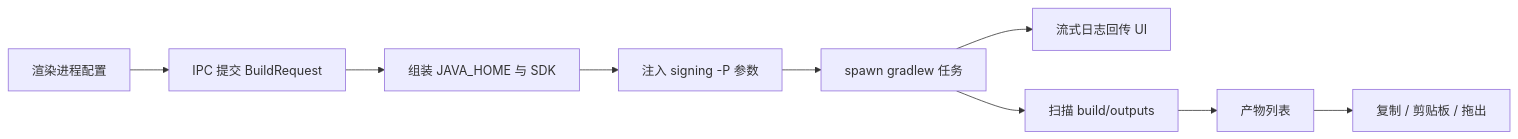
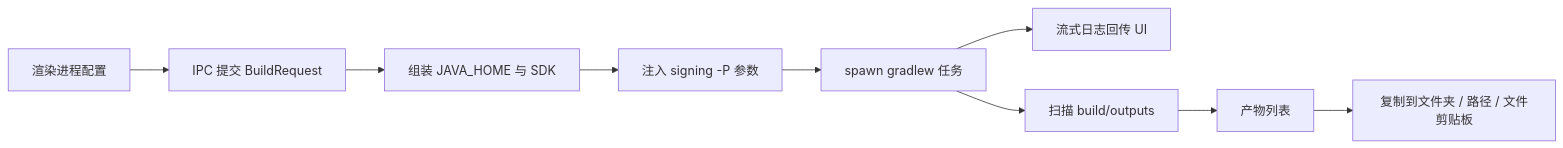
Before and after one commit to CongDuang/PackForge: the diagram in docs/PRD.md, drawn with Mermaid. The commit also changed other lines of this file and 16 other files, not shown here.

````diff
--- a/docs/PRD.md
+++ b/docs/PRD.md
@@ -165,11 +168,11 @@
 ```mermaid
 flowchart LR
   UI[渲染进程配置] --> IPC[IPC 提交 BuildRequest]
   IPC --> Env[组装 JAVA_HOME 与 SDK]
   Env --> Sign[注入 signing -P 参数]
   Sign --> Gradlew[spawn gradlew 任务]
   Gradlew --> Log[流式日志回传 UI]
   Gradlew --> Scan[扫描 build/outputs]
   Scan --> Artifacts[产物列表]
-  Artifacts --> Share[复制 / 剪贴板 / 拖出]
+  Artifacts --> Share[复制到文件夹 / 路径 / 文件剪贴板]
 ```
````
